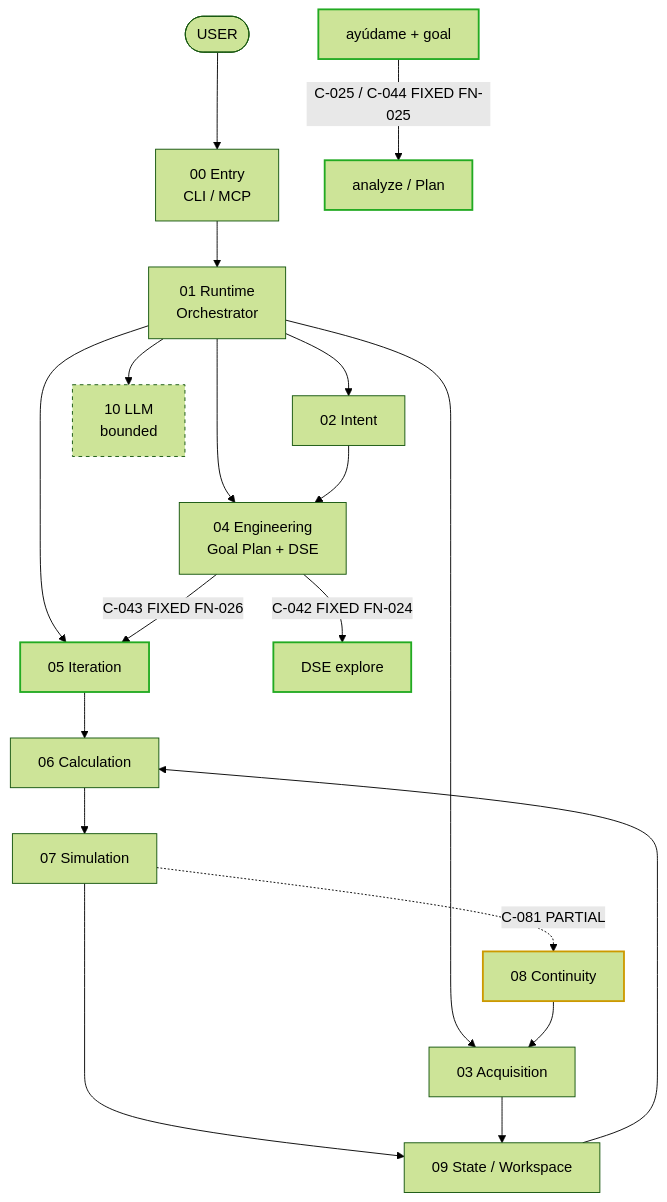
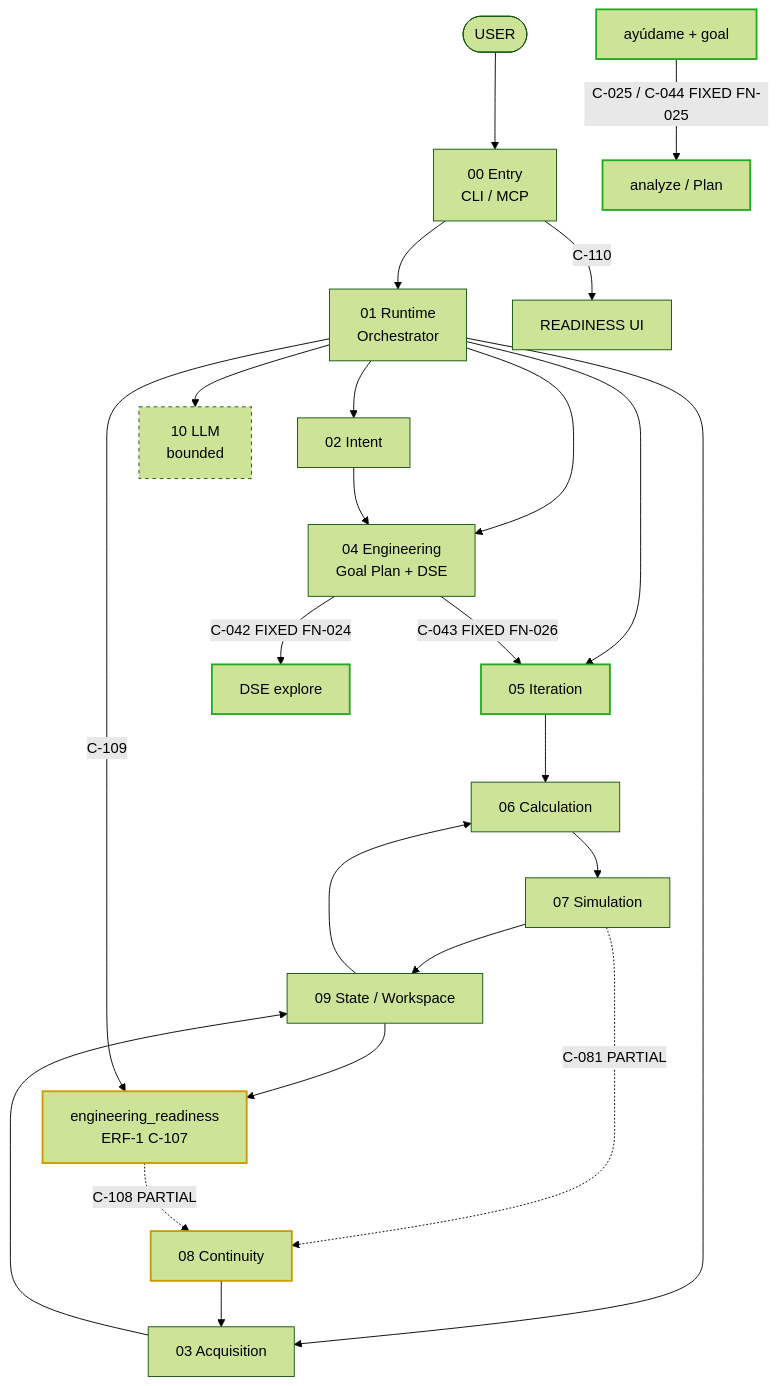
The diagram in docs/system_map/DIAGRAMS.md (mcuestamunoz/Jarvis), drawn with Mermaid (forest theme) before and after one commit. The commit also changed other lines of this file and 25 other files, not shown here.

First line of the commit message:
feat: ERF-1 engineering readiness foundation and system map sync

````diff
--- a/docs/system_map/DIAGRAMS.md
+++ b/docs/system_map/DIAGRAMS.md
@@ -41,32 +43,36 @@
 ```mermaid
 flowchart TB
   USER([USER]) --> ENTRY[00 Entry<br/>CLI / MCP]
   ENTRY --> RT[01 Runtime<br/>Orchestrator]
 
   RT --> INTENT[02 Intent]
   RT --> ACQ[03 Acquisition]
   RT --> ENG[04 Engineering<br/>Goal Plan + DSE]
   RT --> ITER[05 Iteration]
   RT --> LLM[10 LLM<br/>bounded]
 
   INTENT --> ENG
   ENG -->|C-042 FIXED FN-024| DSE[DSE explore]
   ENG -->|C-043 FIXED FN-026| ITER
   HELP[ayúdame + goal] -->|C-025 / C-044 FIXED FN-025| ANALYZE[analyze / Plan]
 
   ITER --> CALC[06 Calculation]
   CALC --> SIM[07 Simulation]
   SIM --> STATE[09 State / Workspace]
   SIM -.->|C-081 PARTIAL| CONT[08 Continuity]
+  STATE --> READ[engineering_readiness<br/>ERF-1 C-107]
+  READ -.->|C-108 PARTIAL| CONT
+  RT -->|C-109| READ
+  ENTRY -->|C-110| READ_UI[READINESS UI]
   ACQ --> STATE
   CONT --> ACQ
   STATE --> CALC
 
   classDef broken stroke:#c44,stroke-width:2px,stroke-dasharray: 5 3;
   classDef partial stroke:#c90,stroke-width:2px;
   classDef fixed stroke:#2a2,stroke-width:2px;
   classDef llm stroke-dasharray: 4 4;
   class DSE,ANALYZE,HELP,ITER fixed;
-  class CONT partial;
+  class CONT,READ partial;
   class LLM llm;
 ```
````
